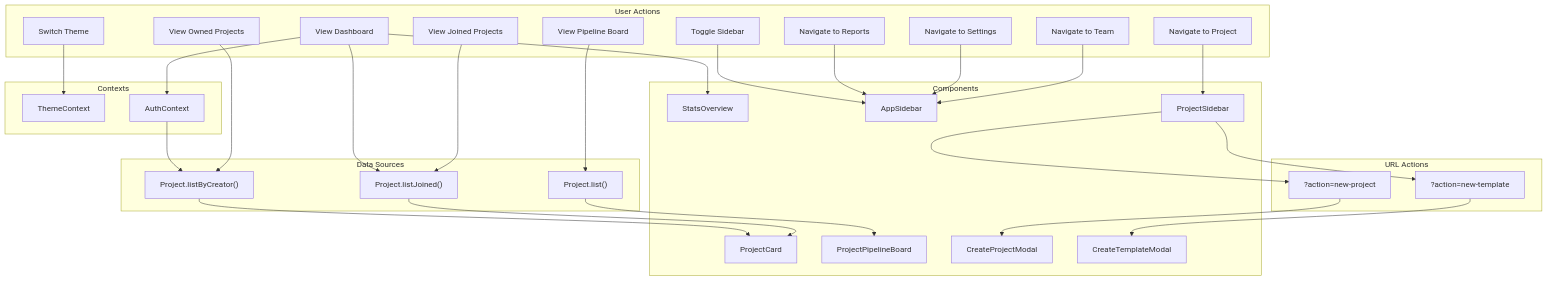
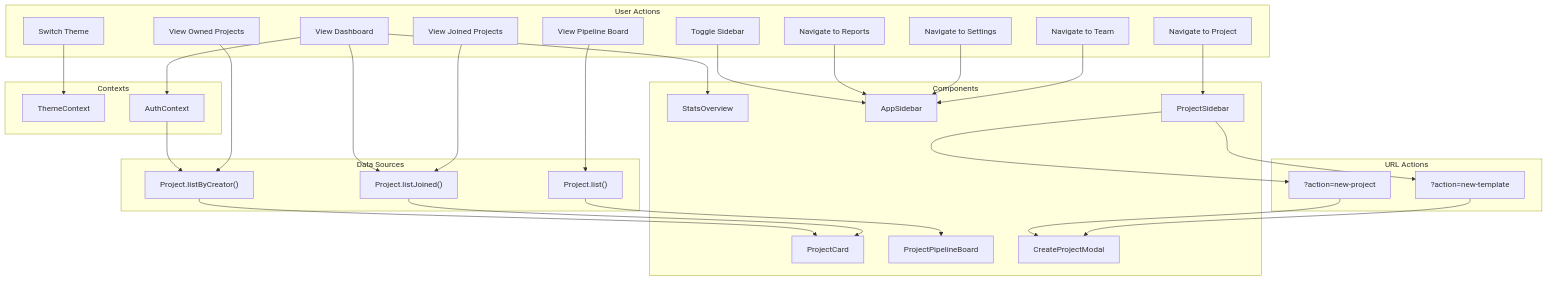
The seventh of 10 diagrams in .ai-ignore/docs/PROJECT_MIND_MAP.md (JoelA510/PlanterPlan-Alpha), drawn with Mermaid before and after one commit. The commit also changed 8 other files, not shown here.

Commit message:
docs: PR descriptions, mind map, and lessons updated for modal deduplication

````diff
--- a/.ai-ignore/docs/PROJECT_MIND_MAP.md
+++ b/.ai-ignore/docs/PROJECT_MIND_MAP.md
@@ -576,57 +576,56 @@
 ```mermaid
 flowchart TD
     subgraph "User Actions"
         D1[View Dashboard]
         D2[View Owned Projects]
         D3[View Joined Projects]
         D4[View Pipeline Board]
         D5[Toggle Sidebar]
         D6[Switch Theme]
         D7[Navigate to Project]
         D8[Navigate to Reports]
         D9[Navigate to Settings]
         D10[Navigate to Team]
     end
 
     subgraph "Data Sources"
         PS3["Project.listByCreator()"]
         PS4["Project.listJoined()"]
         PS5["Project.list()"]
     end
 
     subgraph "Contexts"
         TC[ThemeContext]
         AC2[AuthContext]
     end
 
     subgraph "Components"
         PC2[ProjectCard]
         SO[StatsOverview]
         PPB[ProjectPipelineBoard]
         AS[AppSidebar]
         PS6[ProjectSidebar]
         MD_PROJ[CreateProjectModal]
-        MD_TMP[CreateTemplateModal]
     end
 
     D1 --> AC2 --> PS3 --> PC2
     D1 --> PS4 --> PC2
     D2 --> PS3
     D3 --> PS4
     D4 --> PS5 --> PPB
 
     D5 --> AS
     D6 --> TC
     D7 --> PS6
     D1 --> SO
 
     D8 & D9 & D10 --> AS
 
     subgraph "URL Actions"
         URL_NEW_PROJ["?action=new-project"]
         URL_NEW_TMP["?action=new-template"]
     end
 
     PS6 --> URL_NEW_PROJ --> MD_PROJ
-    PS6 --> URL_NEW_TMP --> MD_TMP
+    PS6 --> URL_NEW_TMP --> MD_PROJ
 ```
````
